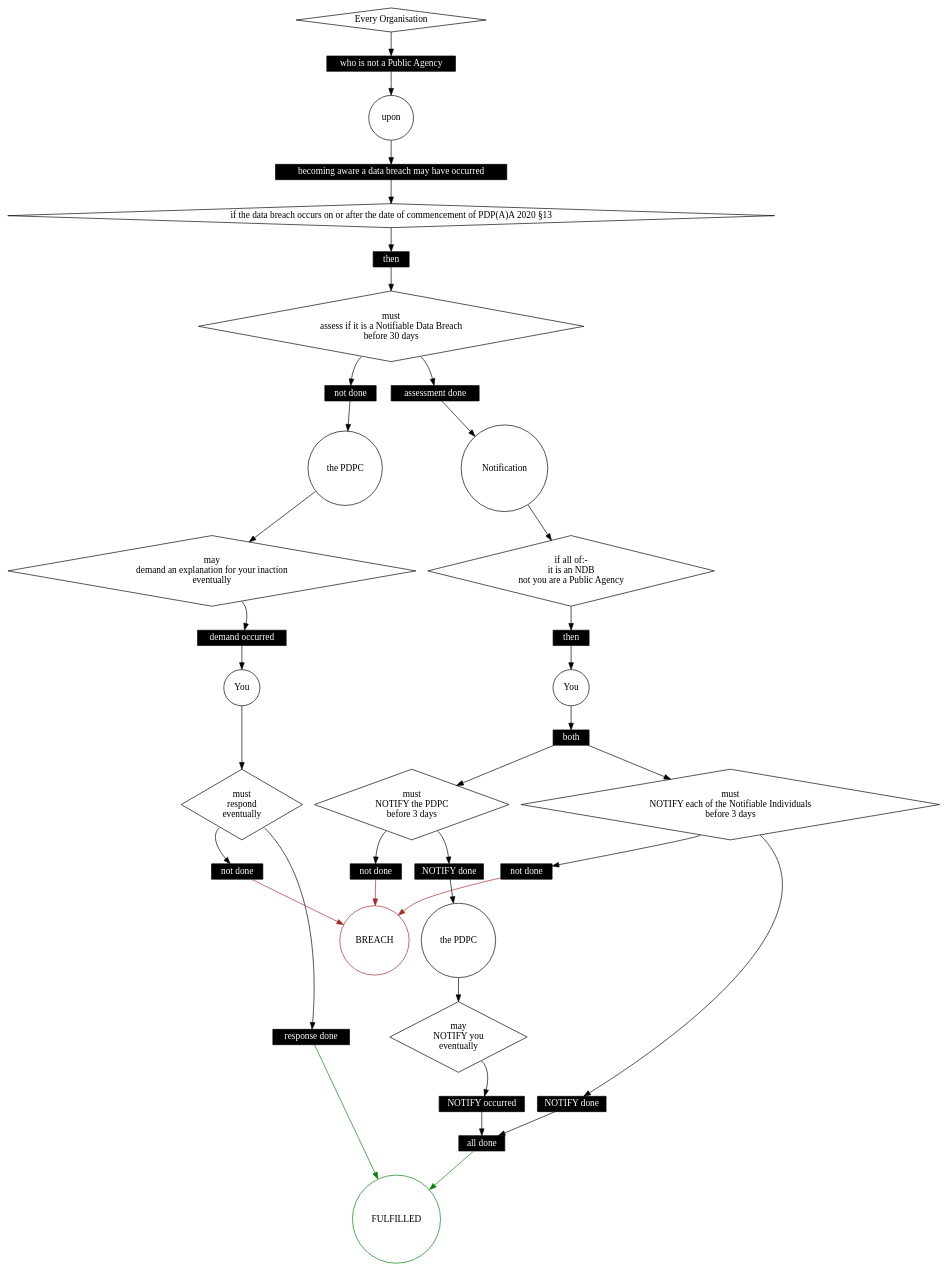
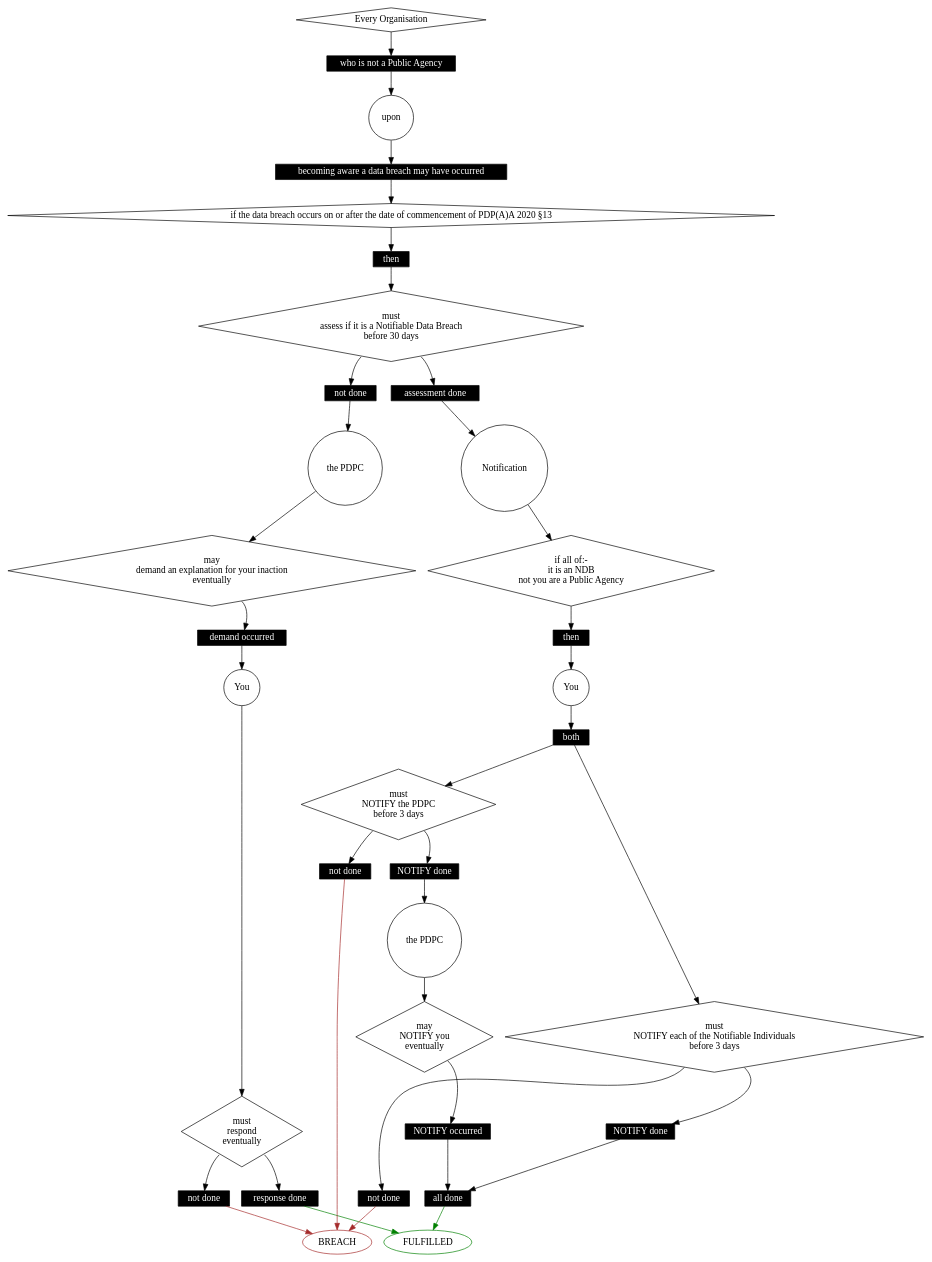
One commit to smucclaw/dsl changed the diagram in mengwong/mp/petri.dot. Above: the diagram before and after it, drawn with Graphviz. The commit also changed 3 other files, not shown here.

Commit message:
put Breach and Fulfilled on same rank, hide arrow between them

```diff
--- a/mengwong/mp/petri.dot
+++ b/mengwong/mp/petri.dot
@@ -1,148 +1,153 @@
 digraph {
     graph [compound=true];
     subgraph places {
         node [shape=circle];
-        0 [label=BREACH
-          ,color=brown
-          ,comment=IsInfra];
-        1 [label=FULFILLED
-          ,color=green
-          ,comment=IsInfra];
         2 [label="Every Organisation"
           ,shape=diamond
           ,comment=IsFirstNode
           ,comment="OrigRL \"Assess\""
           ,comment=IsParty];
         4 [label=upon];
         6 [label="if the data breach occurs on or after the date of commencement of PDP(A)A 2020 §13"
           ,shape=diamond
           ,comment=IsCond];
         8 [label="must\nassess if it is a Notifiable Data Breach\nbefore 30 days"
           ,shape=diamond
           ,comment=IsDeon];
         11 [label=Notification
            ,comment=IsFirstNode
            ,comment=FromRuleAlias
            ,comment="OrigRL \"Notification\""];
         12 [label="the PDPC"];
         13 [label="may\ndemand an explanation for your inaction\neventually"
            ,shape=diamond
            ,comment=IsDeon];
         15 [label=You];
         16 [label="must\nrespond\neventually"
            ,shape=diamond
            ,comment=IsDeon];
         19 [label=You
            ,comment=IsFirstNode
            ,comment="OrigRL \"Notify PDPC\""
            ,comment=IsParty];
         20 [label="if all of:-\nit is an NDB\nnot you are a Public Agency"
            ,shape=diamond
            ,comment=IsCond];
         22 [label="must\nNOTIFY the PDPC\nbefore 3 days"
            ,shape=diamond
            ,comment=IsDeon];
         25 [label="the PDPC"];
         26 [label="may\nNOTIFY you\neventually"
            ,shape=diamond
            ,comment=IsDeon];
         31 [label="must\nNOTIFY each of the Notifiable Individuals\nbefore 3 days"
            ,shape=diamond
            ,comment=IsDeon];
     }
     subgraph transitions {
         node [shape=box
              ,height=0.2
              ,style=filled
              ,fillcolor=black
              ,fontcolor=white
              ,fontname=Monaco];
         3 [label="who is not a Public Agency"];
         5 [label="becoming aware a data breach may have occurred"];
         7 [label=then,comment=IsThen];
         9 [label="assessment done"
           ,comment="Temporal \"before 30 days\""
           ,comment=IsLastHappy
           ,comment="OrigRL \"Assess\""];
         10 [label="not done"];
         14 [label="demand occurred"
            ,comment="Temporal \"eventually\""
            ,comment=IsLastHappy
            ,comment="OrigRL \"Assess\""];
         17 [label="response done"
            ,comment="Temporal \"eventually\""
            ,comment=IsLastHappy
            ,comment="OrigRL \"Assess\""];
         18 [label="not done"];
         21 [label=then,comment=IsThen];
         23 [label="NOTIFY done"
            ,comment="Temporal \"before 3 days\""
            ,comment=IsLastHappy
            ,comment="OrigRL \"Notify PDPC\""];
         24 [label="not done"];
         27 [label="NOTIFY occurred"
            ,comment="Temporal \"eventually\""
            ,comment=IsLastHappy
            ,comment="OrigRL \"Notify PDPC\""];
         32 [label="NOTIFY done"
            ,comment="Temporal \"before 3 days\""
            ,comment=IsLastHappy
            ,comment="OrigRL \"Notify Individuals\""];
         33 [label="not done"];
         34 [label=both
            ,comment=IsInfra
            ,comment=IsAnd
            ,comment=IsSplit];
         35 [label="all done"
            ,comment=IsInfra
            ,comment=IsAnd
            ,comment=IsJoin];
     }
+    subgraph breachfulfilled {
+        graph [rank=same];
+        0 [label=BREACH
+          ,color=brown
+          ,comment=IsInfra];
+        1 [label=FULFILLED
+          ,color=green
+          ,comment=IsInfra];
+    }
+    0 -> 1 [comment="this will render as invisible, but will be on same rank"
+           ,style=invis];
     2 -> 3;
     3 -> 4;
     4 -> 5;
     5 -> 6;
     6 -> 7;
     7 -> 8;
     8 -> 9 [tailport=se
            ,comment="southeast for positive"];
     8 -> 10 [tailport=sw
             ,comment="southwest for negative"];
     9 -> 11;
     10 -> 12;
     11 -> 20 [comment="due to mergePetri"];
     12 -> 13;
     13 -> 14 [tailport=se
              ,comment="southeast for positive"];
     14 -> 15;
     15 -> 16;
     16 -> 17 [tailport=se
              ,comment="southeast for positive"];
     16 -> 18 [tailport=sw
              ,comment="southwest for negative"];
     17 -> 1 [color=green];
     18 -> 0 [color=brown];
     19 -> 34 [comment="due to mergePetri"];
     20 -> 21 [comment="due to mergePetri"];
     21 -> 19 [comment="due to mergePetri"];
     22 -> 23 [tailport=se
              ,comment="southeast for positive"];
     22 -> 24 [tailport=sw
              ,comment="southwest for negative"];
     23 -> 25;
     24 -> 0 [color=brown];
     25 -> 26;
     26 -> 27 [tailport=se
              ,comment="southeast for positive"];
     27 -> 35 [comment="added by join from tailnode"];
     31 -> 32 [tailport=se
              ,comment="southeast for positive"];
     31 -> 33 [tailport=sw
              ,comment="southwest for negative"];
     32 -> 35 [comment="added by join from tailnode"];
     33 -> 0 [color=brown];
     34 -> 22 [comment="due to mergePetri"];
     34 -> 31 [comment="due to mergePetri"];
     35 -> 1 [color=green
             ,comment="added by join to fulfilledNode"];
 }
```
